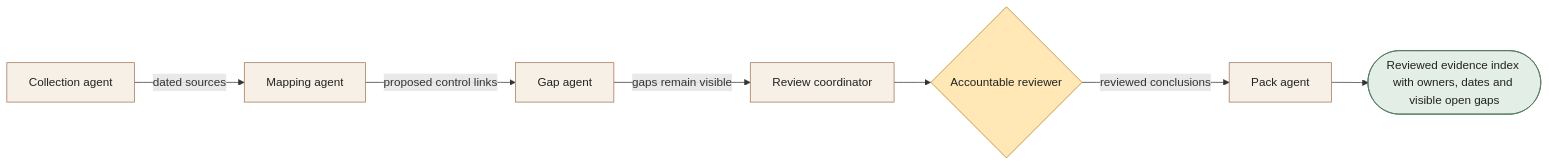
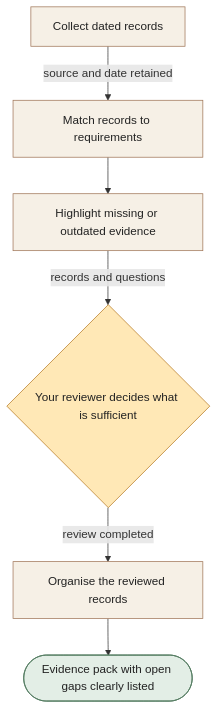
One commit to dextee/claude-code-agent-team-guide changed the diagram in docs/workflows/compliance-evidence.md. Above: the diagram before and after it, drawn with Mermaid. The commit also changed other lines of this file and 28 other files, not shown here.

````diff
--- a/docs/workflows/compliance-evidence.md
+++ b/docs/workflows/compliance-evidence.md
@@ -21,22 +25,20 @@
 ```mermaid
-flowchart LR
-A["Collection agent"]
-B["Mapping agent"]
-C["Gap agent"]
-D["Review coordinator"]
-E["Pack agent"]
-H{"Accountable reviewer"}
-O(["Reviewed evidence index with owners, dates and visible open gaps"])
-A -->|dated sources| B
-B -->|proposed control links| C
-C -->|gaps remain visible| D
-D --> H
-H -->|reviewed conclusions| E
-E --> O
-classDef agent fill:#f6f0e6,stroke:#9f7557,color:#222222
+flowchart TD
+A["Collect dated records"]
+B["Match records to requirements"]
+C["Highlight missing or outdated evidence"]
+H{"Your reviewer decides what is sufficient"}
+D["Organise the reviewed records"]
+O(["Evidence pack with open gaps clearly listed"])
+A -->|source and date retained| B
+B --> C
+C -->|records and questions| H
+H -->|review completed| D
+D --> O
+classDef assistant fill:#f6f0e6,stroke:#9f7557,color:#222222
 classDef human fill:#ffe8b6,stroke:#b57821,color:#222222
 classDef outcome fill:#e3eee6,stroke:#4e775c,color:#222222
-class A,B,C,D,E agent
+class A,B,C,D assistant
 class H human
 class O outcome
 ```
````
